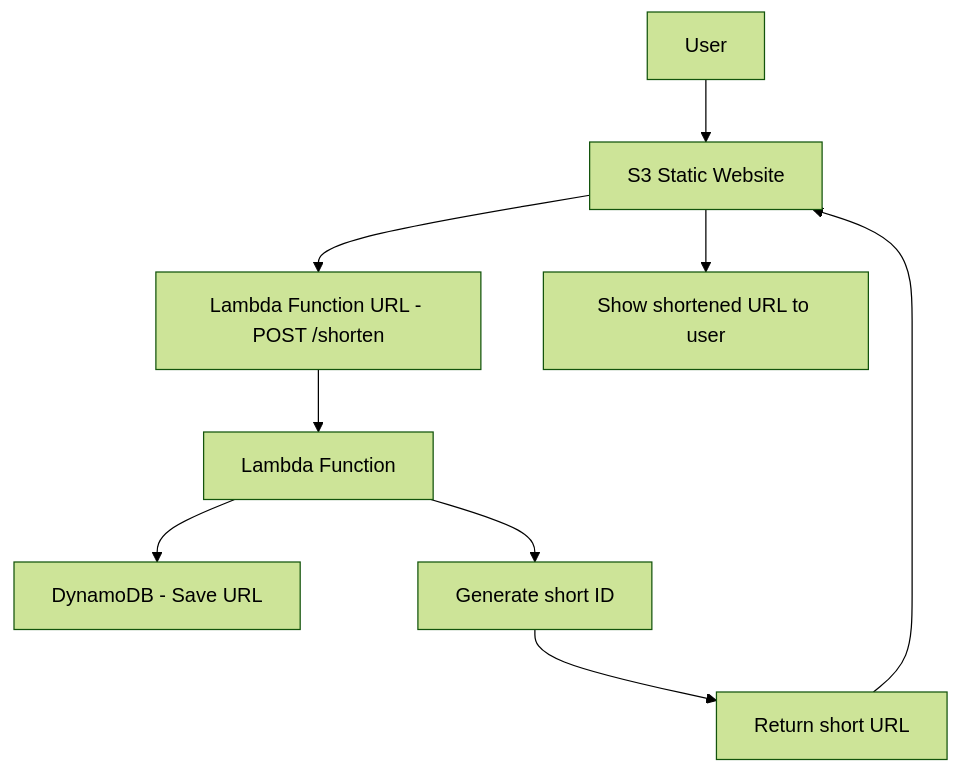
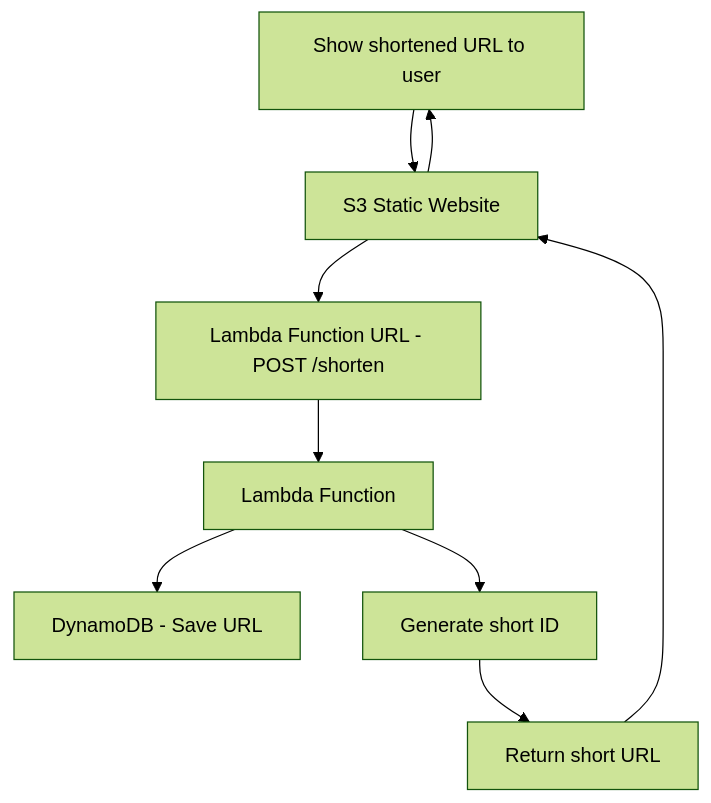
The diagram in README.md (innuli4ka/blinklink), drawn with Mermaid (forest theme) before and after one commit.

````diff
--- a/README.md
+++ b/README.md
@@ -19,12 +19,12 @@
 ```mermaid
 graph TD
     A[User] --> B[S3 Static Website]
     B --> C[Lambda Function URL - POST /shorten]
     C --> D[Lambda Function]
     D --> E[DynamoDB - Save URL]
     D --> F[Generate short ID]
     F --> G[Return short URL]
     G --> B
-    B --> H[Show shortened URL to user]
+    B --> A[Show shortened URL to user]
 
 ```
````
